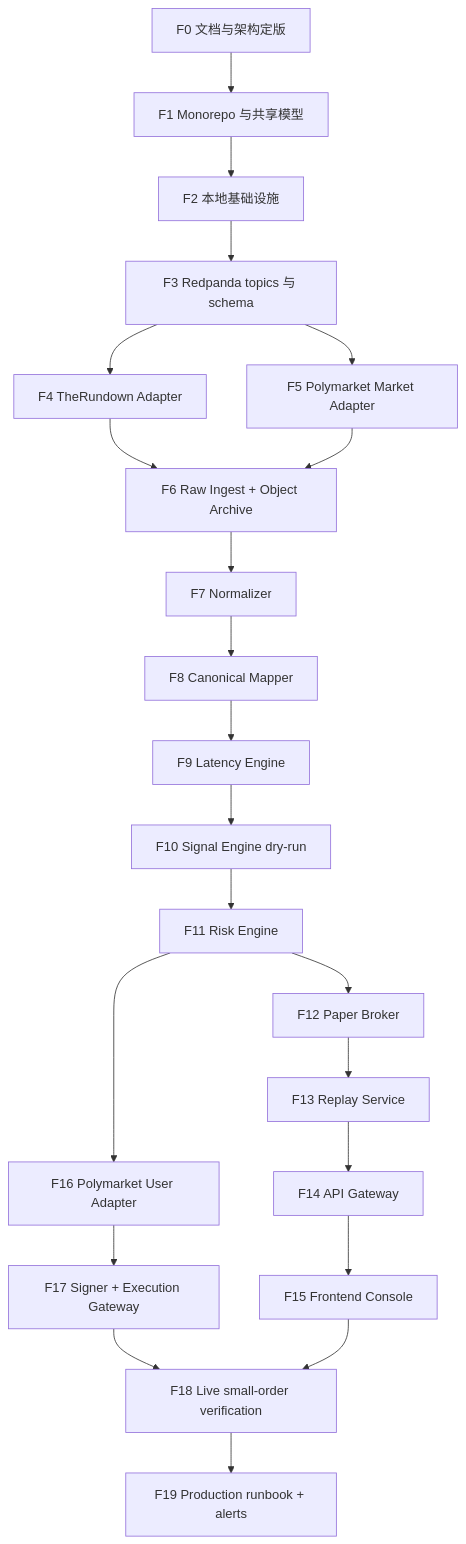
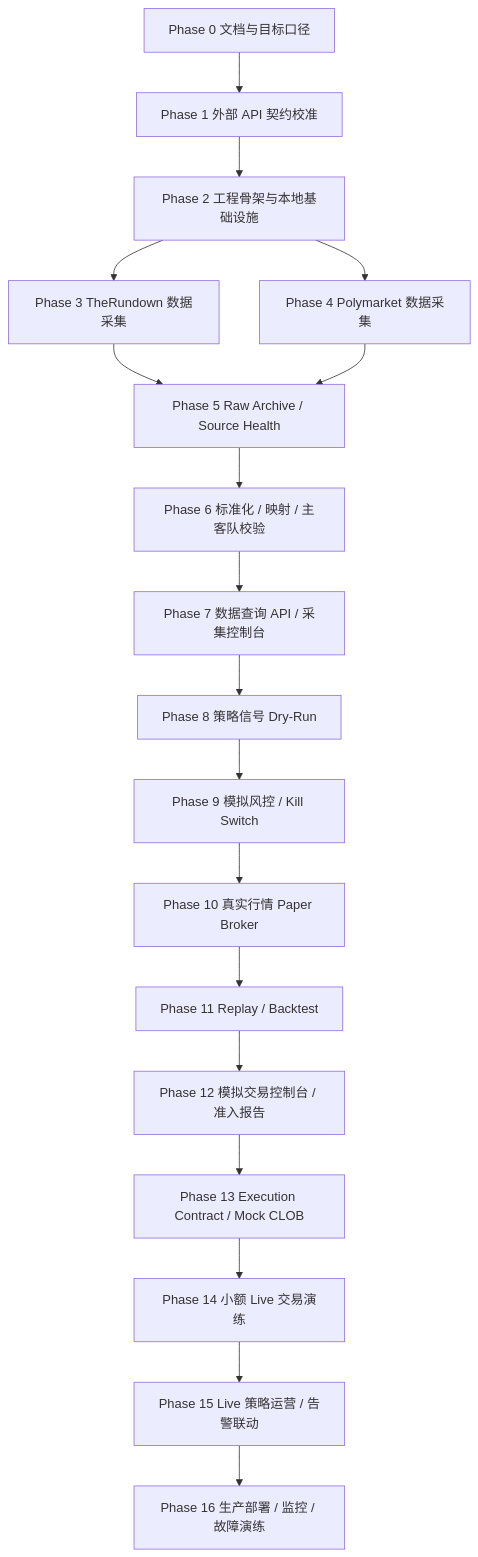
Before and after one commit to L4vender/quantSys: the diagram in README.md, drawn with Mermaid. The commit also changed other lines of this file and 33 other files, not shown here.

````diff
--- a/README.md
+++ b/README.md
@@ -48,24 +51,23 @@
 ```mermaid
 flowchart TD
-    A["F0 文档与架构定版"] --> B["F1 Monorepo 与共享模型"]
-    B --> C["F2 本地基础设施"]
-    C --> D["F3 Redpanda topics 与 schema"]
-    D --> E["F4 TheRundown Adapter"]
-    D --> F["F5 Polymarket Market Adapter"]
-    E --> G["F6 Raw Ingest + Object Archive"]
-    F --> G
-    G --> H["F7 Normalizer"]
-    H --> I["F8 Canonical Mapper"]
-    I --> J["F9 Latency Engine"]
-    J --> K["F10 Signal Engine dry-run"]
-    K --> L["F11 Risk Engine"]
-    L --> M["F12 Paper Broker"]
-    M --> N["F13 Replay Service"]
-    N --> O["F14 API Gateway"]
-    O --> P["F15 Frontend Console"]
-    L --> Q["F16 Polymarket User Adapter"]
-    Q --> R["F17 Signer + Execution Gateway"]
-    R --> S["F18 Live small-order verification"]
-    P --> S
-    S --> T["F19 Production runbook + alerts"]
+    A["Phase 0 文档与目标口径"] --> B["Phase 1 外部 API 契约校准"]
+    B --> C["Phase 2 工程骨架与本地基础设施"]
+
+    C --> D1["Phase 3 TheRundown 数据采集"]
+    C --> D2["Phase 4 Polymarket 数据采集"]
+    D1 --> D3["Phase 5 Raw Archive / Source Health"]
+    D2 --> D3
+    D3 --> D4["Phase 6 标准化 / 映射 / 主客队校验"]
+    D4 --> D5["Phase 7 数据查询 API / 采集控制台"]
+
+    D5 --> S1["Phase 8 策略信号 Dry-Run"]
+    S1 --> S2["Phase 9 模拟风控 / Kill Switch"]
+    S2 --> S3["Phase 10 真实行情 Paper Broker"]
+    S3 --> S4["Phase 11 Replay / Backtest"]
+    S4 --> S5["Phase 12 模拟交易控制台 / 准入报告"]
+
+    S5 --> L1["Phase 13 Execution Contract / Mock CLOB"]
+    L1 --> L2["Phase 14 小额 Live 交易演练"]
+    L2 --> L3["Phase 15 Live 策略运营 / 告警联动"]
+    L3 --> L4["Phase 16 生产部署 / 监控 / 故障演练"]
 ```
````
